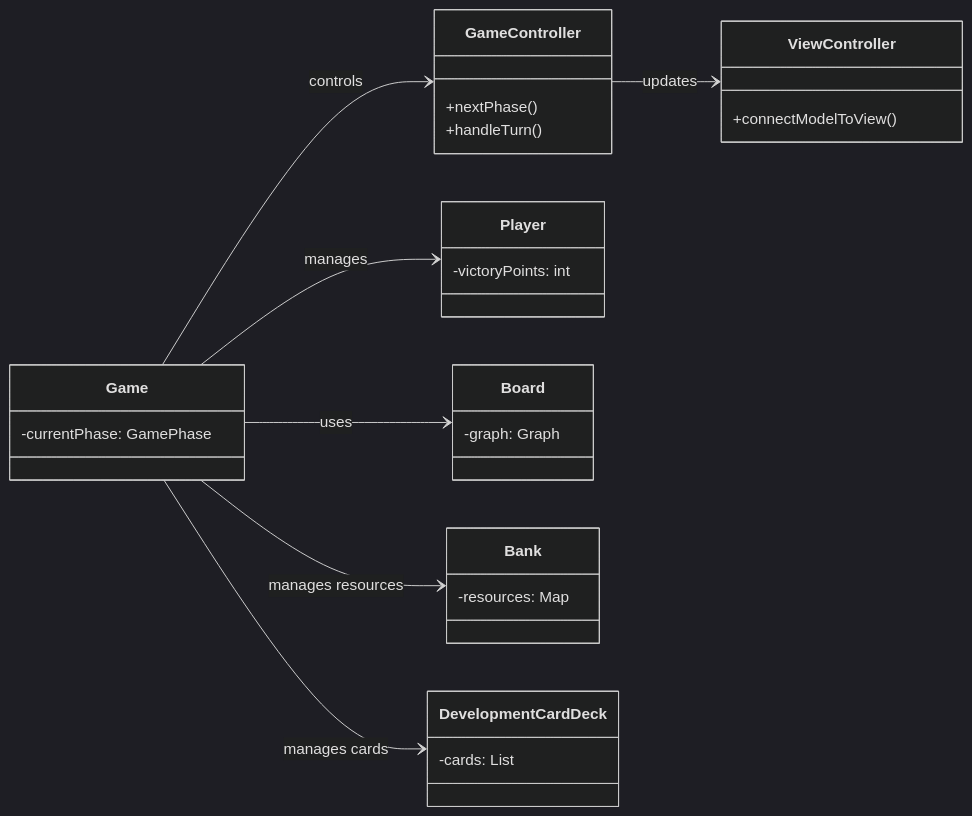
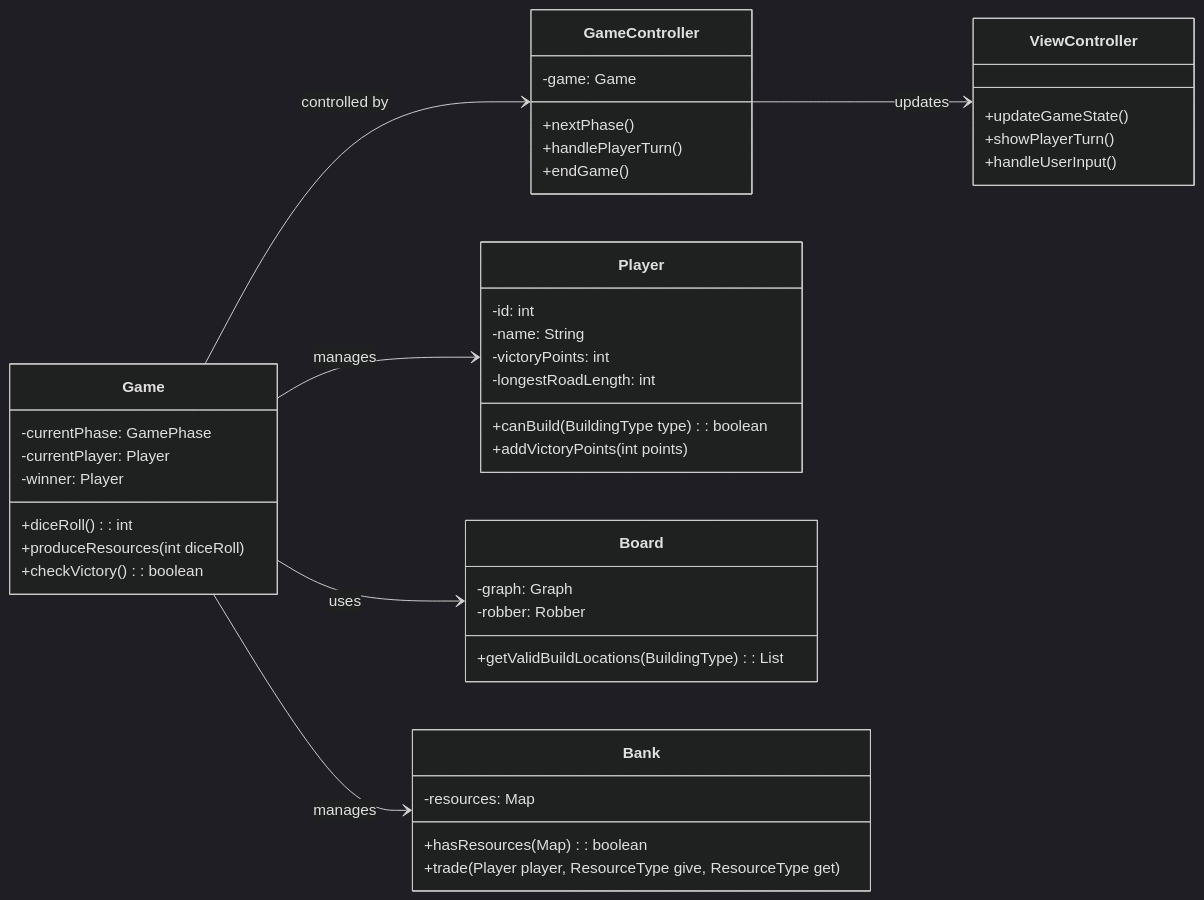
Before and after one commit to Jakob-332/Dealer-von-Catan: the first of 5 diagrams in ClassDiagram.md, drawn with Mermaid (dark theme). The commit also changed other lines of this file, not shown here.

````diff
--- a/ClassDiagram.md
+++ b/ClassDiagram.md
@@ -3,42 +5,55 @@
 ```mermaid
 classDiagram
 direction LR
 
 %% Hauptkomponenten
 class Game {
   -currentPhase: GamePhase
+  -currentPlayer: Player
+  -winner: Player
+  +diceRoll(): int
+  +produceResources(int diceRoll)
+  +checkVictory(): boolean
 }
 
 class GameController {
+  -game: Game
   +nextPhase()
-  +handleTurn()
+  +handlePlayerTurn()
+  +endGame()
 }
 
 class Player {
+  -id: int
+  -name: String
   -victoryPoints: int
+  -longestRoadLength: int
+  +canBuild(BuildingType type): boolean
+  +addVictoryPoints(int points)
 }
 
 class Board {
   -graph: Graph
+  -robber: Robber
+  +getValidBuildLocations(BuildingType): List<Location>
 }
 
 class Bank {
   -resources: Map<ResourceType, Integer>
-}
-
-class DevelopmentCardDeck {
-  -cards: List<DevelopmentCard>
+  +hasResources(Map<ResourceType, Integer>): boolean
+  +trade(Player player, ResourceType give, ResourceType get)
 }
 
 class ViewController {
-  +connectModelToView()
+  +updateGameState()
+  +showPlayerTurn()
+  +handleUserInput()
 }
 
-%% Beziehungen zwischen Hauptkomponenten
-Game --> GameController : controls
+%% Beziehungen
+Game --> GameController : controlled by
 Game --> Player : manages
 Game --> Board : uses
-Game --> Bank : manages resources
-Game --> DevelopmentCardDeck : manages cards
+Game --> Bank : manages
 GameController --> ViewController : updates
 ```
````
